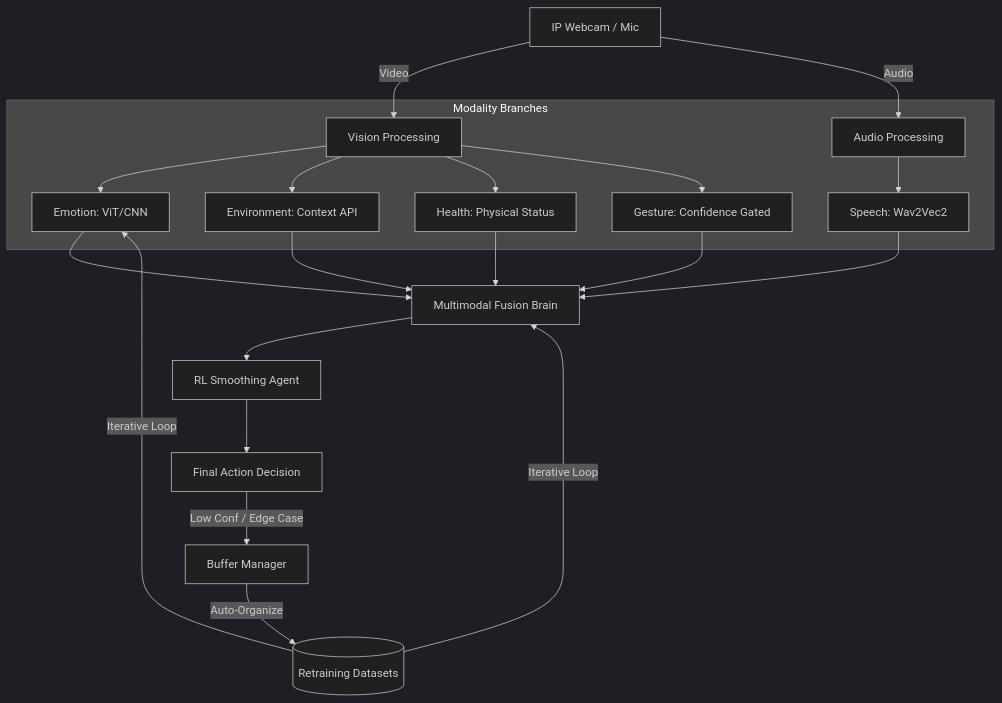
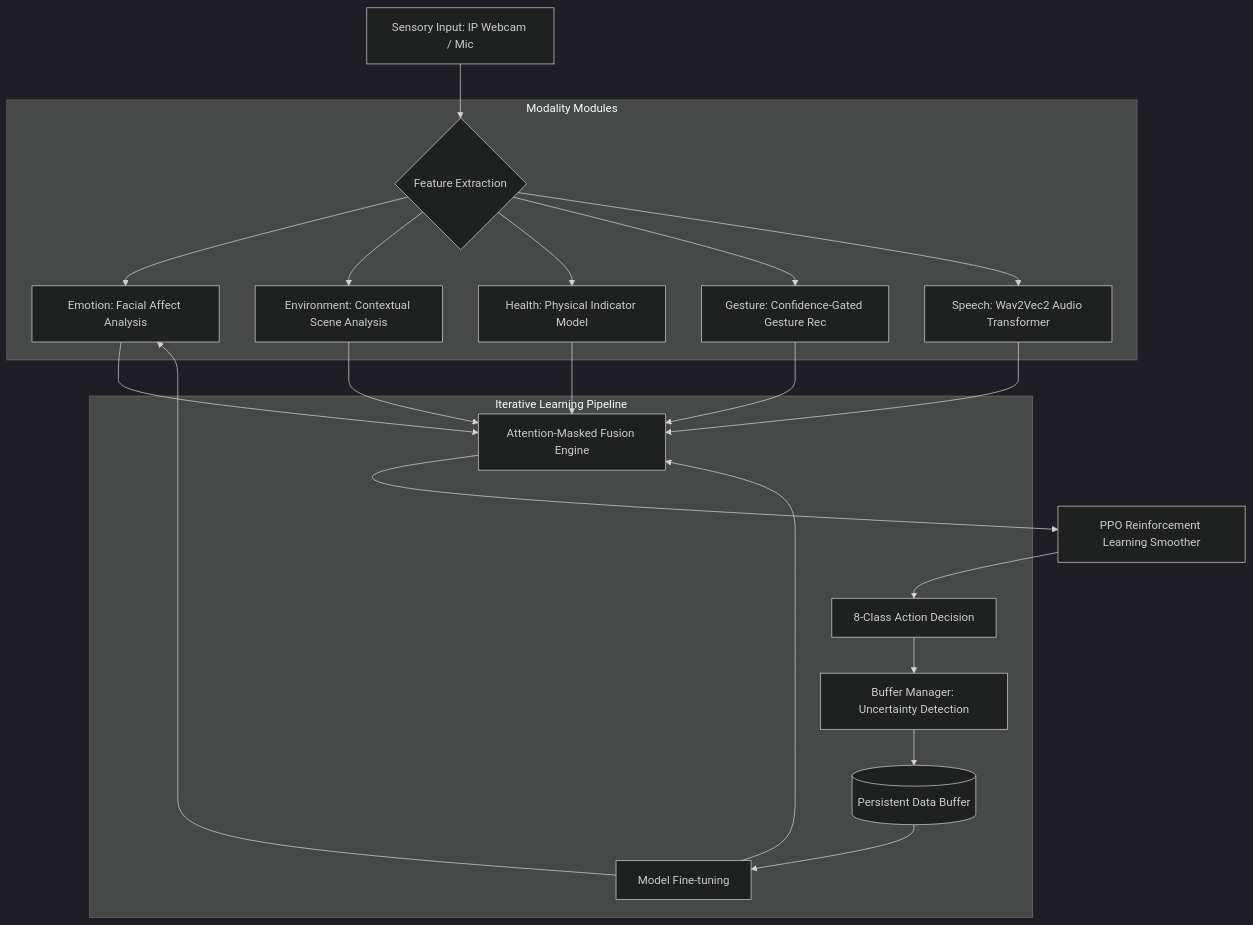
The diagram in README.md (2023priyanshubhargav-cpu/dl-project), drawn with Mermaid (dark theme) before and after one commit. The commit also changed other lines of this file, not shown here.

````diff
--- a/README.md
+++ b/README.md
@@ -38,21 +15,23 @@
 ```mermaid
 graph TD
-    A[IP Webcam / Mic] -->|Video| B[Vision Processing]
-    A -->|Audio| C[Audio Processing]
+    A[Sensory Input: IP Webcam / Mic] --> B{Feature Extraction}
     
-    subgraph "Modality Branches"
-        B --> B1[Emotion: ViT/CNN]
-        B --> B2[Environment: Context API]
-        B --> B3[Health: Physical Status]
-        B --> B4[Gesture: Confidence Gated]
-        C --> C1[Speech: Wav2Vec2]
+    subgraph "Modality Modules"
+        B --> B1[Emotion: Facial Affect Analysis]
+        B --> B2[Environment: Contextual Scene Analysis]
+        B --> B3[Health: Physical Indicator Model]
+        B --> B4[Gesture: Confidence-Gated Gesture Rec]
+        B --> B5[Speech: Wav2Vec2 Audio Transformer]
     end
     
-    B1 & B2 & B3 & B4 & C1 --> D[Multimodal Fusion Brain]
-    D --> E[RL Smoothing Agent]
-    E --> F[Final Action Decision]
+    B1 & B2 & B3 & B4 & B5 --> C[Attention-Masked Fusion Engine]
+    C --> D[PPO Reinforcement Learning Smoother]
+    D --> E[8-Class Action Decision]
     
-    F -->|Low Conf / Edge Case| G[Buffer Manager]
-    G -->|Auto-Organize| H[(Retraining Datasets)]
-    H -->|Iterative Loop| B1 & D
+    subgraph "Iterative Learning Pipeline"
+        E --> F[Buffer Manager: Uncertainty Detection]
+        F --> G[(Persistent Data Buffer)]
+        G --> H[Model Fine-tuning]
+        H --> B1 & C
+    end
 ```
````
